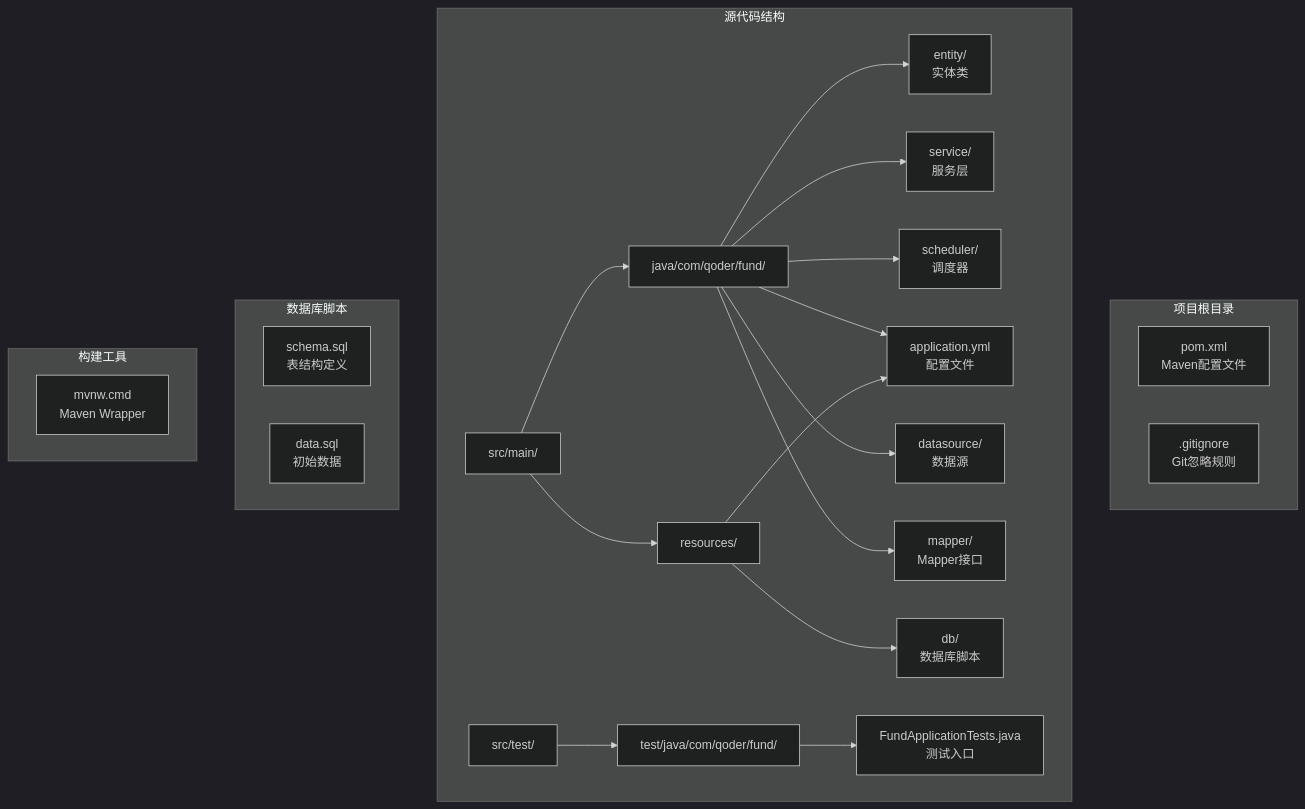
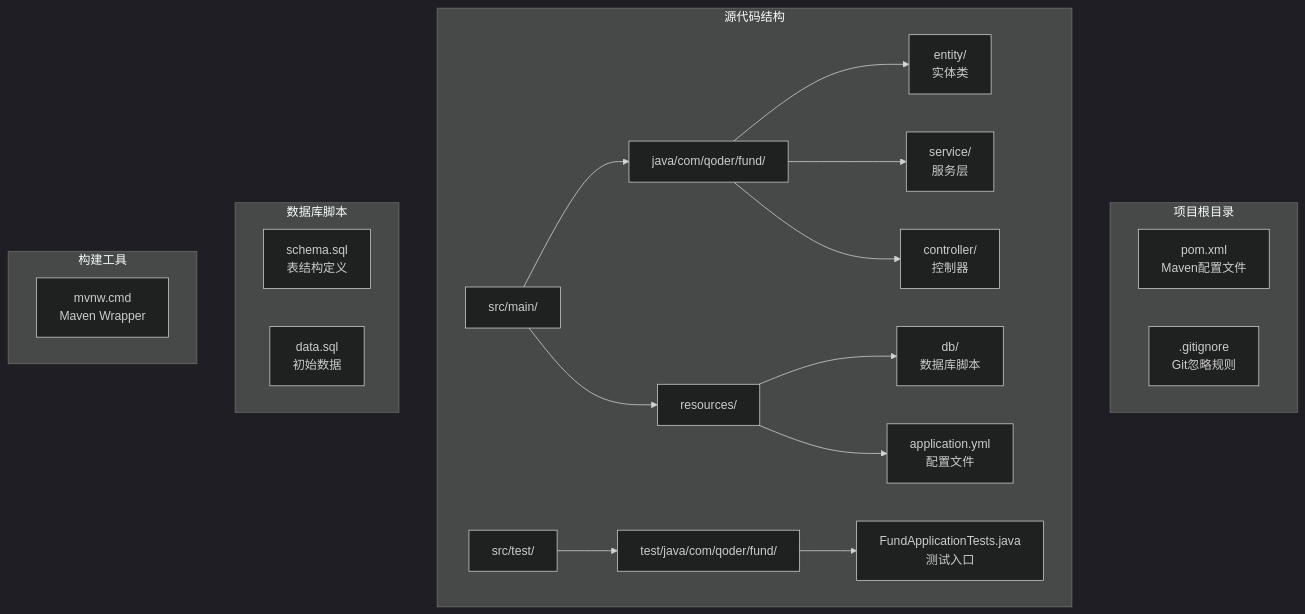
The first of 9 diagrams in .qoder/repowiki/zh/content/核心功能开发/数据库集成.md (gree-coder/fund-butler), drawn with Mermaid (dark theme) before and after one commit. The commit also changed other lines of this file and 21 other files, not shown here.

````diff
--- a/.qoder/repowiki/zh/content/核心功能开发/数据库集成.md
+++ b/.qoder/repowiki/zh/content/核心功能开发/数据库集成.md
@@ -56,30 +39,27 @@
 ```mermaid
 graph TB
 subgraph "项目根目录"
 POM[pom.xml<br/>Maven配置文件]
 GIT[.gitignore<br/>Git忽略规则]
 end
 subgraph "源代码结构"
 MAIN[src/main/]
 TEST[src/test/]
 MAIN --> JAVA[java/com/qoder/fund/]
 MAIN --> RES[resources/]
 TEST --> TJAVA[test/java/com/qoder/fund/]
 JAVA --> ENTITY[entity/<br/>实体类]
 JAVA --> SERVICE[service/<br/>服务层]
-JAVA --> SCHEDULER[scheduler/<br/>调度器]
-JAVA --> CONFIG[config/<br/>配置类]
-JAVA --> DATASOURCE[datasource/<br/>数据源]
-JAVA --> MAPPER[mapper/<br/>Mapper接口]
+JAVA --> CONTROLLER[controller/<br/>控制器]
 RES --> DB[db/<br/>数据库脚本]
 RES --> CONFIG[application.yml<br/>配置文件]
 TJAVA --> TESTAPP[FundApplicationTests.java<br/>测试入口]
 end
 subgraph "数据库脚本"
 SCHEMA[schema.sql<br/>表结构定义]
 DATA[data.sql<br/>初始数据]
 end
 subgraph "构建工具"
 MVN[mvnw.cmd<br/>Maven Wrapper]
 end
 ```
````
